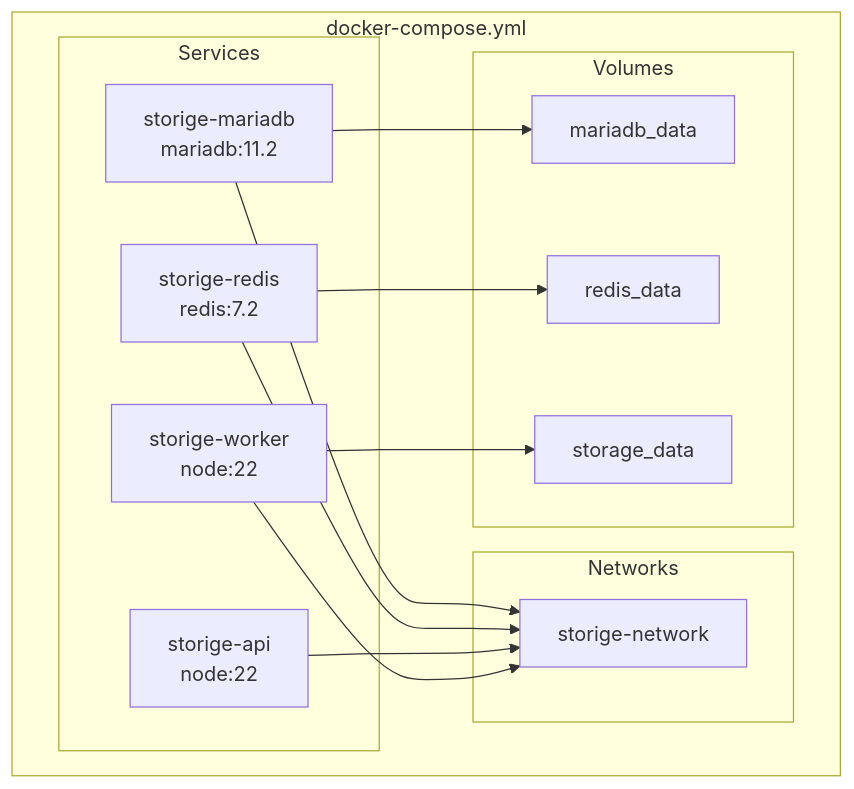
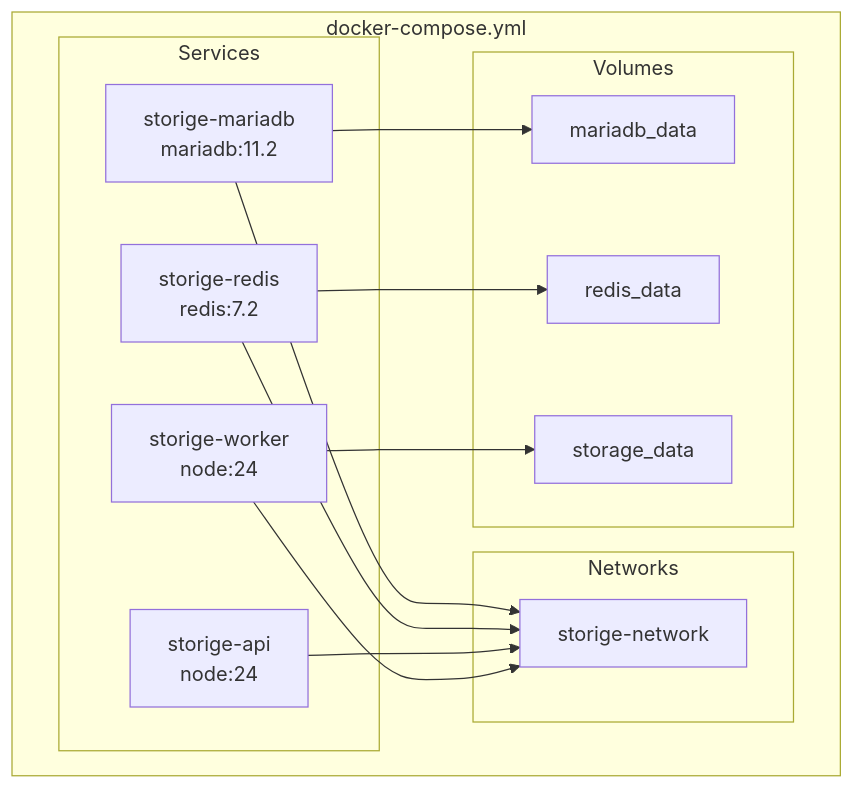
Diagram 12 of 16 in docs/01_SYSTEM_ARCHITECTURE_KR.md (papascompany/storige-book-editor), drawn with Mermaid before and after one commit. The commit also changed 18 other files, not shown here.

````diff
--- a/docs/01_SYSTEM_ARCHITECTURE_KR.md
+++ b/docs/01_SYSTEM_ARCHITECTURE_KR.md
@@ -539,30 +539,30 @@
 ```mermaid
 graph TB
     subgraph "docker-compose.yml"
         subgraph "Services"
             MARIA[storige-mariadb<br/>mariadb:11.2]
             REDIS[storige-redis<br/>redis:7.2]
-            API[storige-api<br/>node:22]
-            WORKER[storige-worker<br/>node:22]
+            API[storige-api<br/>node:24]
+            WORKER[storige-worker<br/>node:24]
         end
 
         subgraph "Networks"
             NET[storige-network]
         end
 
         subgraph "Volumes"
             VOL_DB[mariadb_data]
             VOL_RD[redis_data]
             VOL_ST[storage_data]
         end
     end
 
     MARIA --> NET
     REDIS --> NET
     API --> NET
     WORKER --> NET
 
     MARIA --> VOL_DB
     REDIS --> VOL_RD
     WORKER --> VOL_ST
 ```
````
